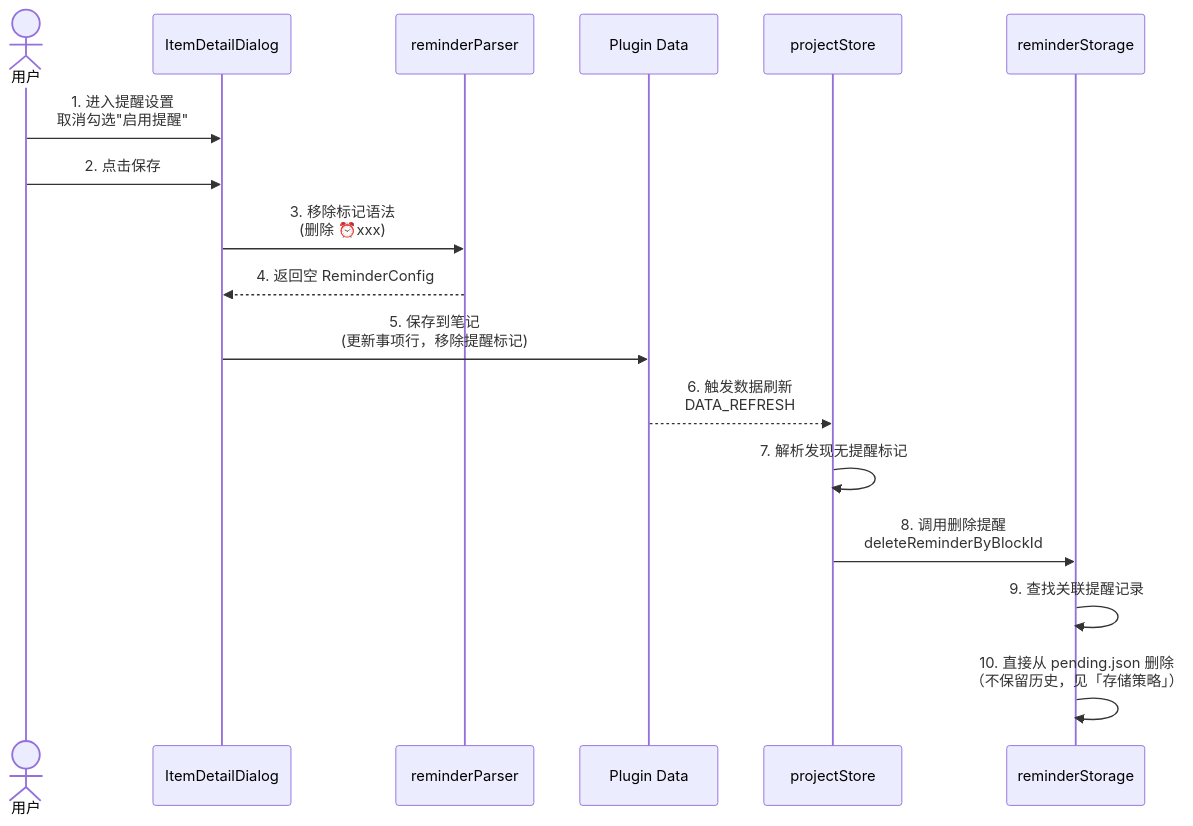
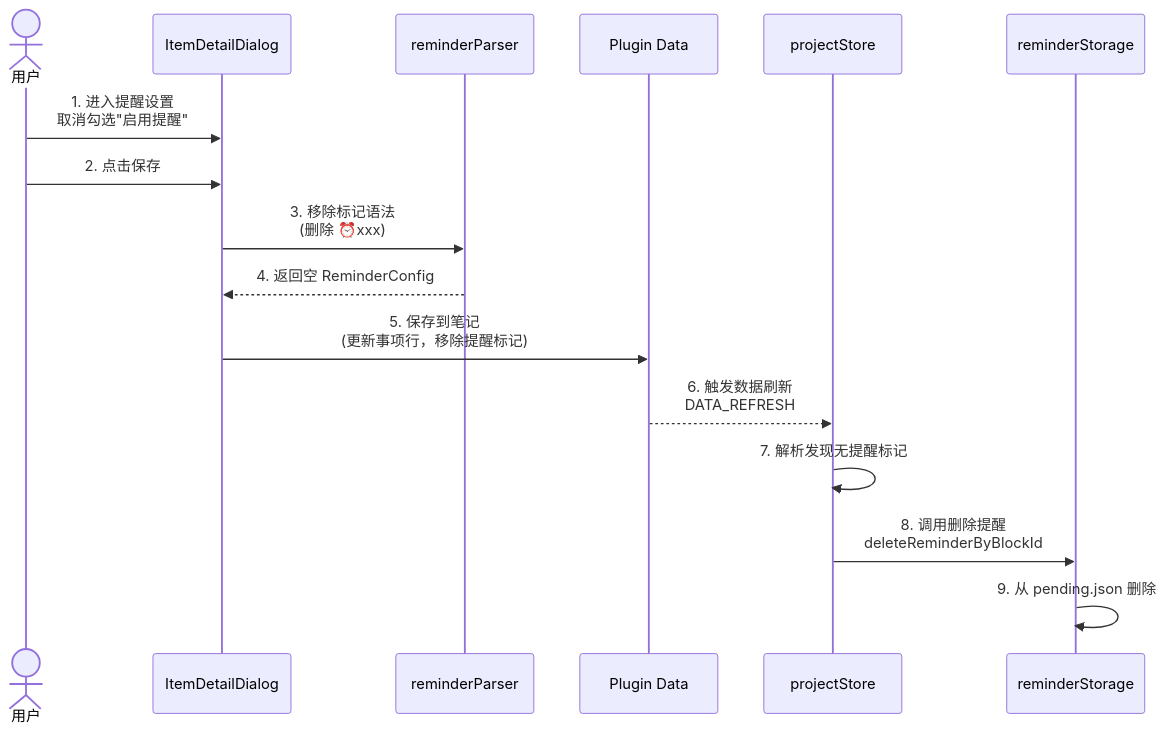
Before and after one commit to MoonBottle/siyuan-plugin-bullet-journal: the fifth of 5 diagrams in docs/prd/reminder.md, drawn with Mermaid. The commit also changed other lines of this file and 1 other file, not shown here.

````diff
--- a/docs/prd/reminder.md
+++ b/docs/prd/reminder.md
@@ -273,20 +278,19 @@
 ```mermaid
 sequenceDiagram
     actor U as 用户
     participant D as ItemDetailDialog
     participant P as reminderParser
     participant PD as Plugin Data
     participant PS as projectStore
     participant ST as reminderStorage
 
     U->>D: 1. 进入提醒设置<br/>取消勾选"启用提醒"
     U->>D: 2. 点击保存
     D->>P: 3. 移除标记语法<br/>(删除 ⏰xxx)
     P-->>D: 4. 返回空 ReminderConfig
     D->>PD: 5. 保存到笔记<br/>(更新事项行，移除提醒标记)
     PD-->>PS: 6. 触发数据刷新<br/>DATA_REFRESH
     PS->>PS: 7. 解析发现无提醒标记
     PS->>ST: 8. 调用删除提醒<br/>deleteReminderByBlockId
-    ST->>ST: 9. 查找关联提醒记录
-    ST->>ST: 10. 直接从 pending.json 删除<br/>（不保留历史，见「存储策略」）
+    ST->>ST: 9. 从 pending.json 删除
 ```
````
